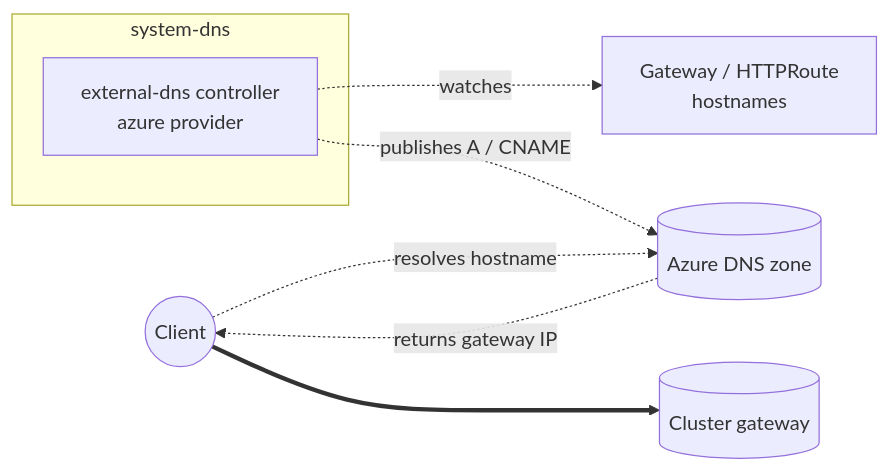
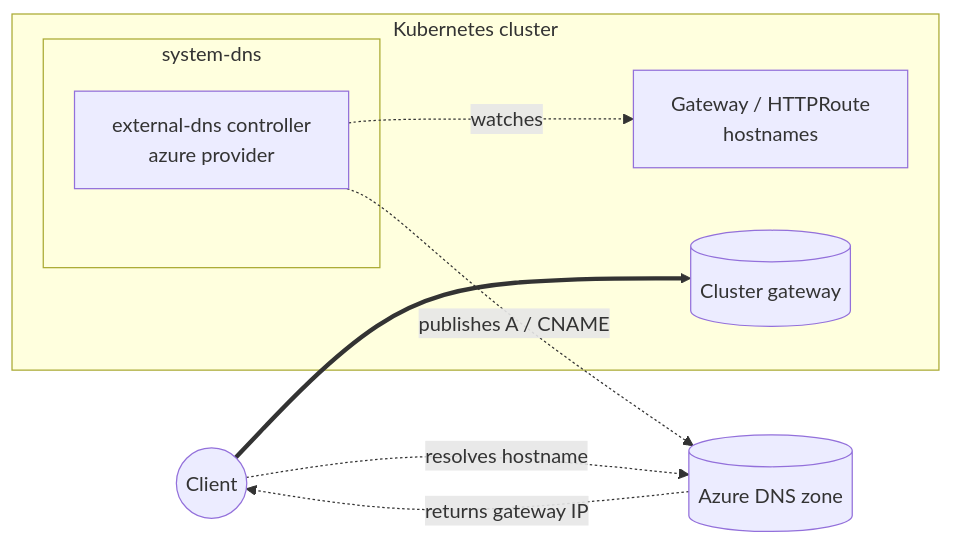
The second of 3 diagrams in kustomize/dns/README.md (windsorcli/core), drawn with Mermaid before and after one commit. The commit also changed other lines of this file and 35 other files, not shown here.

````diff
--- a/kustomize/dns/README.md
+++ b/kustomize/dns/README.md
@@ -77,17 +81,19 @@
 ```mermaid
 flowchart LR
   client((Client))
+  zone[(Azure DNS zone)]
 
-  subgraph systemdns[system-dns]
-    edns[external-dns controller<br/>azure provider]
+  subgraph cluster[Kubernetes cluster]
+    subgraph systemdns[system-dns]
+      edns[external-dns controller<br/>azure provider]
+    end
+
+    gateways[Gateway / HTTPRoute<br/>hostnames]
+    gw[(Cluster gateway)]
   end
-
-  gateways[Gateway / HTTPRoute<br/>hostnames]
-  zone[(Azure DNS zone)]
-  gw[(Cluster gateway)]
 
   edns -. watches .-> gateways
   edns -. publishes A / CNAME .-> zone
   client -. resolves hostname .-> zone -. returns gateway IP .-> client
   client ==> gw
 ```
````
